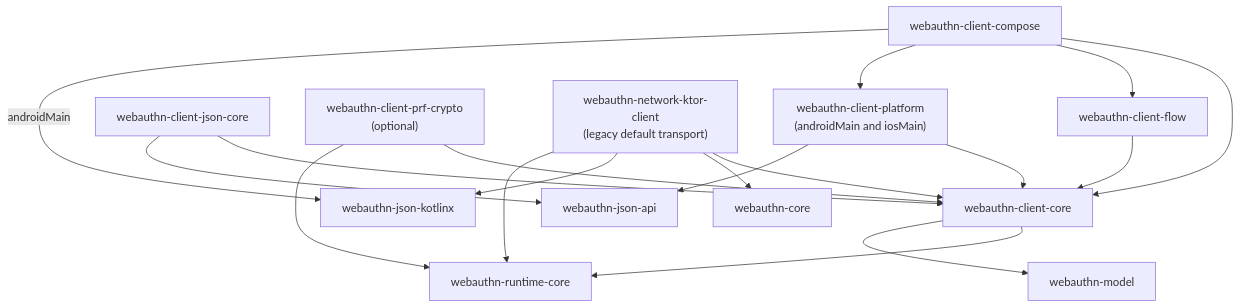
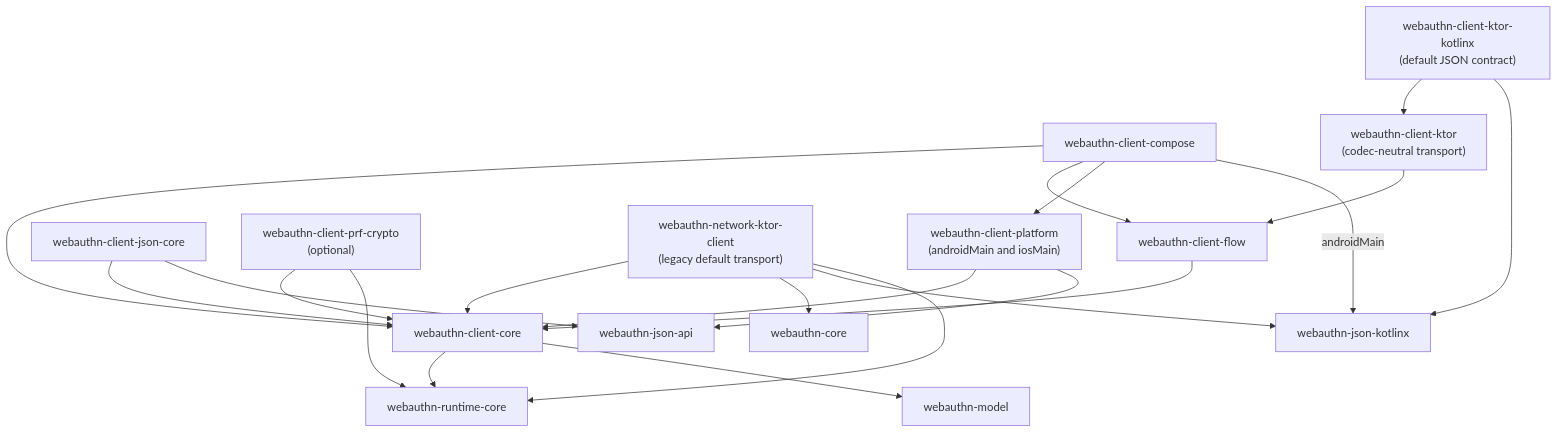
One commit to szijpeter/webauthn-kotlin-multiplatform changed the third of 4 diagrams in docs/architecture.md. Above: the diagram before and after it, drawn with Mermaid. The commit also changed other lines of this file and 36 other files, not shown here.

Commit message:
feat(client): add neutral and Kotlinx Ktor adapters

````diff
--- a/docs/architecture.md
+++ b/docs/architecture.md
@@ -91,39 +91,46 @@
 ```mermaid
 flowchart TB
     COMPOSE["webauthn-client-compose"]
     PLATFORM["webauthn-client-platform<br/>(androidMain and iosMain)"]
     JSON["webauthn-client-json-core"]
     PRF["webauthn-client-prf-crypto<br/>(optional)"]
+    KTOR_KOTLINX["webauthn-client-ktor-kotlinx<br/>(default JSON contract)"]
+    KTOR["webauthn-client-ktor<br/>(codec-neutral transport)"]
     NETWORK["webauthn-network-ktor-client<br/>(legacy default transport)"]
     FLOW["webauthn-client-flow"]
     CLIENT_CORE["webauthn-client-core"]
     JSON_API["webauthn-json-api"]
     JSON_KOTLINX["webauthn-json-kotlinx"]
     CORE["webauthn-core"]
     RUNTIME["webauthn-runtime-core"]
     MODEL["webauthn-model"]
 
     COMPOSE --> CLIENT_CORE
     COMPOSE --> FLOW
     COMPOSE --> PLATFORM
     COMPOSE -->|androidMain| JSON_KOTLINX
 
     PLATFORM --> CLIENT_CORE
     PLATFORM --> JSON_API
 
     JSON --> CLIENT_CORE
     JSON --> JSON_API
 
     PRF --> CLIENT_CORE
     PRF --> RUNTIME
 
     NETWORK --> CLIENT_CORE
     NETWORK --> CORE
     NETWORK --> JSON_KOTLINX
     NETWORK --> RUNTIME
 
+    KTOR_KOTLINX --> KTOR
+    KTOR_KOTLINX --> JSON_KOTLINX
+
+    KTOR --> FLOW
+
     FLOW --> CLIENT_CORE
 
     CLIENT_CORE --> RUNTIME
     CLIENT_CORE --> MODEL
 ```
````
